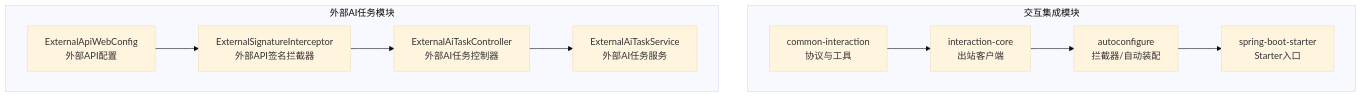
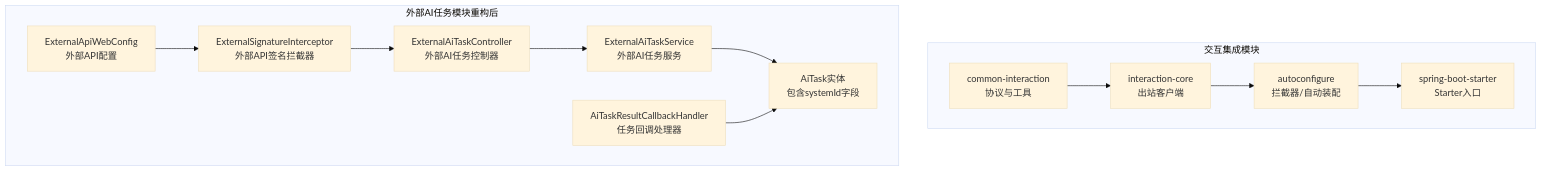
One commit to DrunkFood/First changed the first of 5 diagrams in .qoder/repowiki/zh/content/API接口文档/外部系统集成API/外部系统集成API.md. Above: the diagram before and after it, drawn with Mermaid (base theme). The commit also changed other lines of this file and 58 other files, not shown here.

````diff
--- a/.qoder/repowiki/zh/content/API接口文档/外部系统集成API/外部系统集成API.md
+++ b/.qoder/repowiki/zh/content/API接口文档/外部系统集成API/外部系统集成API.md
@@ -65,21 +70,25 @@
 ```mermaid
 graph TB
 subgraph "交互集成模块"
 CI["common-interaction<br/>协议与工具"]
 IC["interaction-core<br/>出站客户端"]
 AC["autoconfigure<br/>拦截器/自动装配"]
 SB["spring-boot-starter<br/>Starter入口"]
 end
-subgraph "外部AI任务模块"
+subgraph "外部AI任务模块重构后"
 EATC["ExternalAiTaskController<br/>外部AI任务控制器"]
 EATS["ExternalAiTaskService<br/>外部AI任务服务"]
 ESIG["ExternalSignatureInterceptor<br/>外部API签名拦截器"]
 ECONF["ExternalApiWebConfig<br/>外部API配置"]
+AICB["AiTaskResultCallbackHandler<br/>任务回调处理器"]
+AITASK["AiTask实体<br/>包含systemId字段"]
 end
 CI --> IC
 IC --> AC
 AC --> SB
 EATC --> EATS
 ECONF --> ESIG
 ESIG --> EATC
+EATS --> AITASK
+AICB --> AITASK
 ```
````
